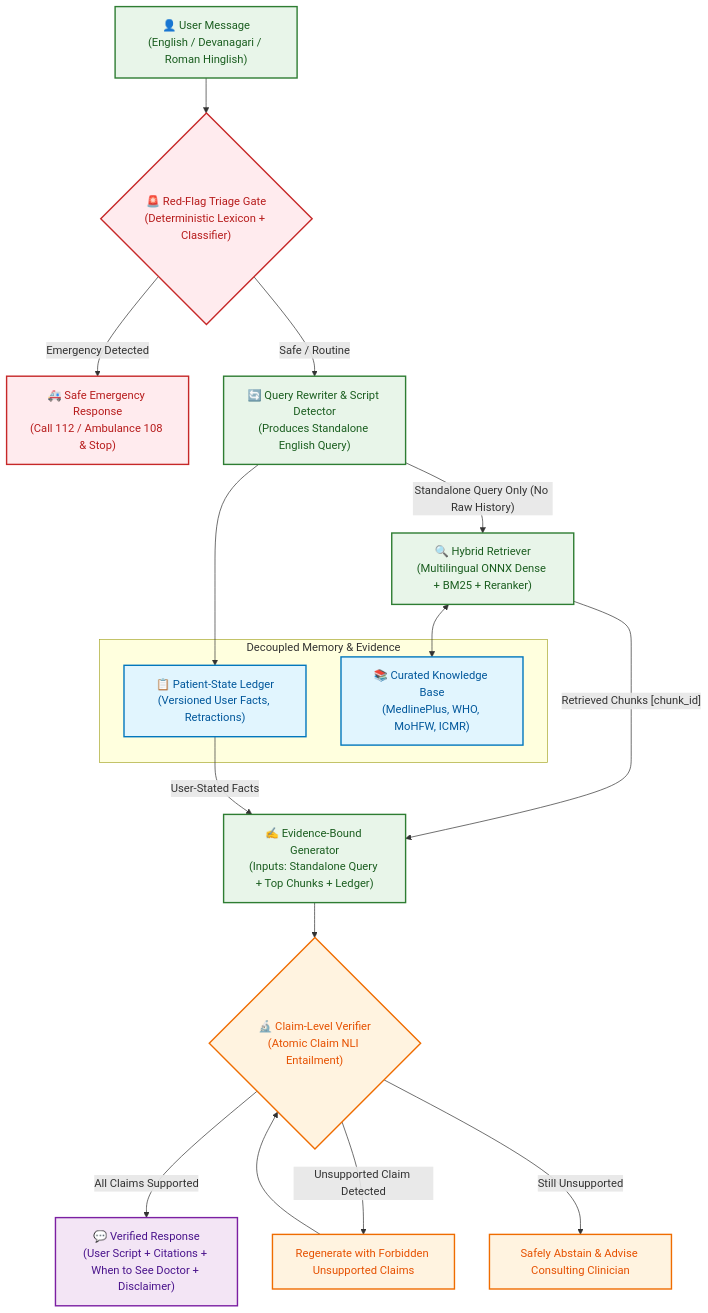
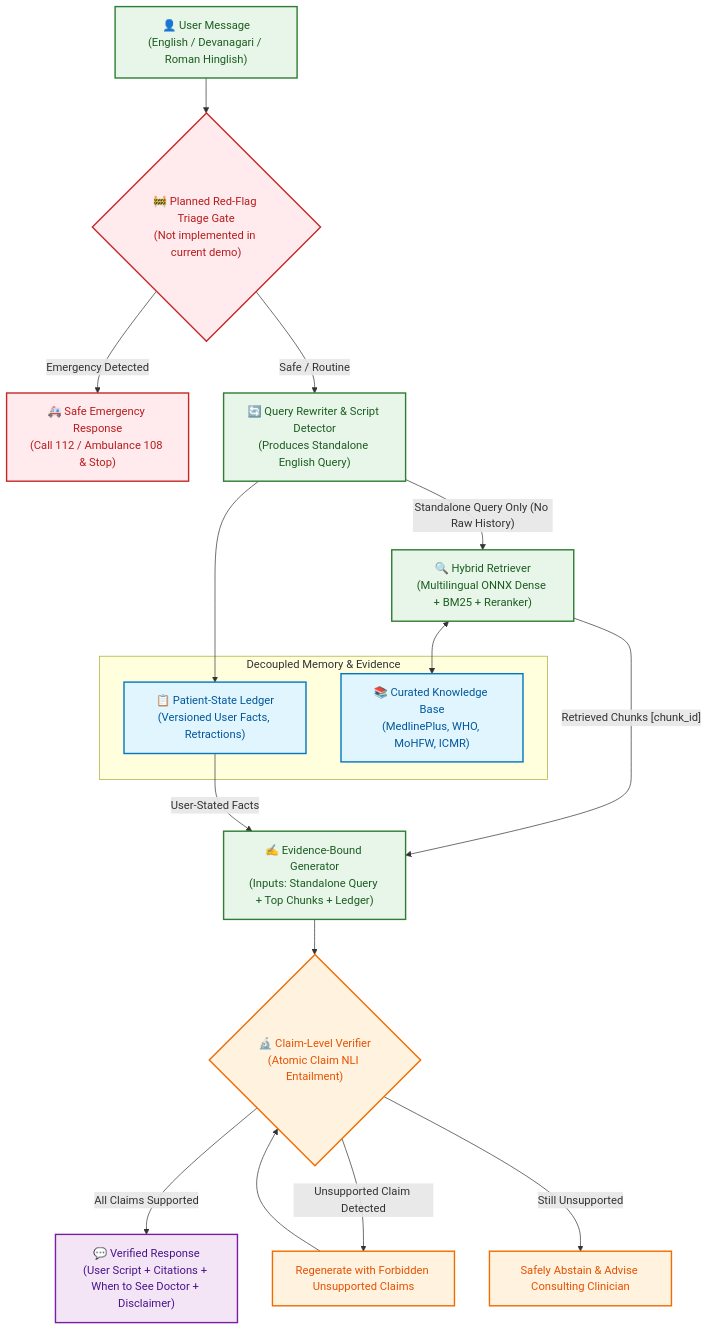
Before and after one commit to adarsh005599/MedDriftGuard: the diagram in README.md, drawn with Mermaid. The commit also changed other lines of this file and 14 other files, not shown here.

````diff
--- a/README.md
+++ b/README.md
@@ -28,46 +28,46 @@
 ```mermaid
 flowchart TD
     classDef emergency fill:#ffebee,stroke:#c62828,stroke-width:2px,color:#b71c1c;
     classDef safety fill:#fff3e0,stroke:#ef6c00,stroke-width:2px,color:#e65100;
     classDef core fill:#e8f5e9,stroke:#2e7d32,stroke-width:2px,color:#1b5e20;
     classDef store fill:#e1f5fe,stroke:#0277bd,stroke-width:2px,color:#01579b;
     classDef output fill:#f3e5f5,stroke:#7b1fa2,stroke-width:2px,color:#4a148c;
 
     UserMsg["👤 User Message<br/>(English / Devanagari / Roman Hinglish)"]:::core
     
-    Triage{"🚨 Red-Flag Triage Gate<br/>(Deterministic Lexicon + Classifier)"}:::emergency
+    Triage{"🚧 Planned Red-Flag Triage Gate<br/>(Not implemented in current demo)"}:::emergency
     EmergencyAlert["🚑 Safe Emergency Response<br/>(Call 112 / Ambulance 108 & Stop)"]:::emergency
 
     Rewriter["🔄 Query Rewriter & Script Detector<br/>(Produces Standalone English Query)"]:::core
     
     subgraph StateAndStore ["Decoupled Memory & Evidence"]
         Ledger["📋 Patient-State Ledger<br/>(Versioned User Facts, Retractions)"]:::store
         KBIndex["📚 Curated Knowledge Base<br/>(MedlinePlus, WHO, MoHFW, ICMR)"]:::store
     end
 
     Retriever["🔍 Hybrid Retriever<br/>(Multilingual ONNX Dense + BM25 + Reranker)"]:::core
     Generator["✍️ Evidence-Bound Generator<br/>(Inputs: Standalone Query + Top Chunks + Ledger)"]:::core
     
     Verifier{"🔬 Claim-Level Verifier<br/>(Atomic Claim NLI Entailment)"}:::safety
     Regen["Regenerate with Forbidden Unsupported Claims"]:::safety
     Abstain["Safely Abstain & Advise Consulting Clinician"]:::safety
 
     FinalResponse["💬 Verified Response<br/>(User Script + Citations + When to See Doctor + Disclaimer)"]:::output
 
     UserMsg --> Triage
     Triage -- "Emergency Detected" --> EmergencyAlert
     Triage -- "Safe / Routine" --> Rewriter
     
     Rewriter --> Ledger
     Rewriter -->|"Standalone Query Only (No Raw History)"| Retriever
     
     Retriever <--> KBIndex
     Retriever -->|"Retrieved Chunks [chunk_id]"| Generator
     Ledger -->|"User-Stated Facts"| Generator
     
     Generator --> Verifier
     Verifier -- "All Claims Supported" --> FinalResponse
     Verifier -- "Unsupported Claim Detected" --> Regen
     Regen --> Verifier
     Verifier -- "Still Unsupported" --> Abstain
 ```
````
